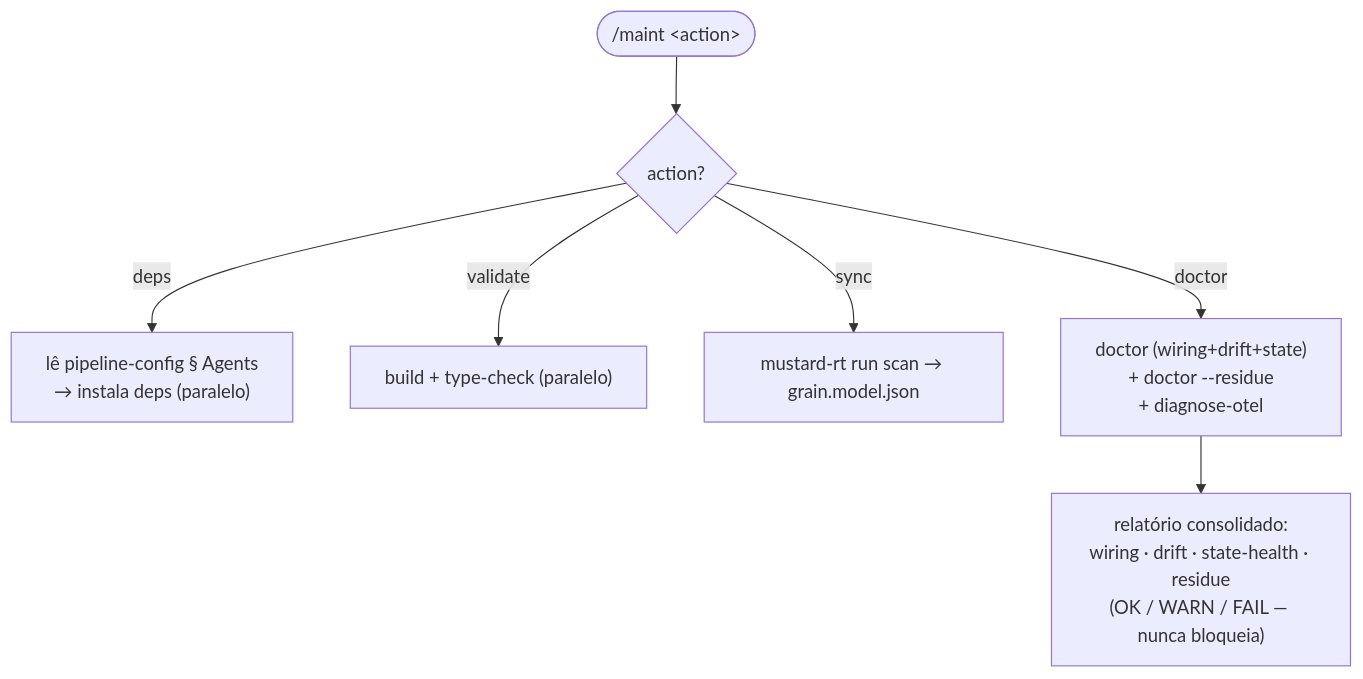
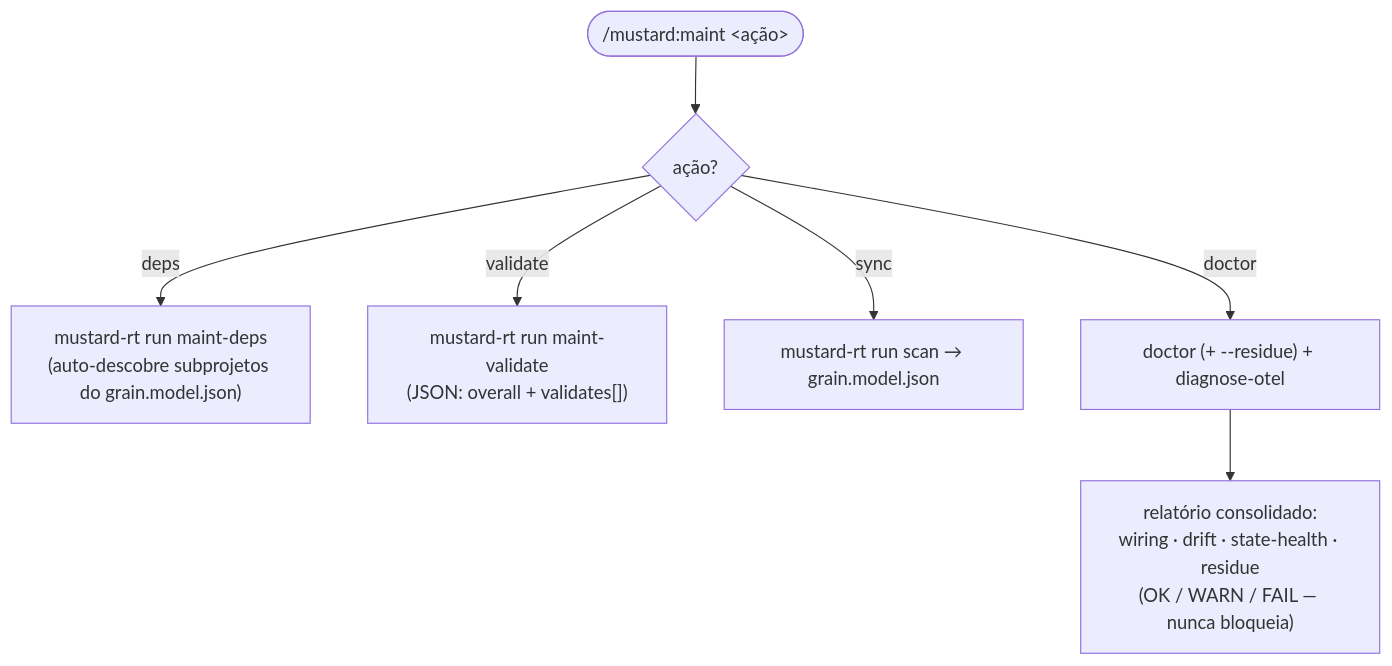
Before and after one commit to rubensrpj/mustard: diagram 14 of 20 in MUSTARD-COMMANDS.md, drawn with Mermaid. The commit also changed other lines of this file and 35 other files, not shown here.

````diff
--- a/MUSTARD-COMMANDS.md
+++ b/MUSTARD-COMMANDS.md
@@ -452,9 +514,9 @@
 ```mermaid
 flowchart TD
-    start(["/maint &lt;action&gt;"]) --> action{"action?"}
-    action -->|deps| deps["lê pipeline-config § Agents<br/>→ instala deps (paralelo)"]
-    action -->|validate| val["build + type-check (paralelo)"]
+    start(["/mustard:maint &lt;ação&gt;"]) --> action{"ação?"}
+    action -->|deps| deps["mustard-rt run maint-deps<br/>(auto-descobre subprojetos do grain.model.json)"]
+    action -->|validate| val["mustard-rt run maint-validate<br/>(JSON: overall + validates[])"]
     action -->|sync| sync["mustard-rt run scan → grain.model.json"]
-    action -->|doctor| doc["doctor (wiring+drift+state)<br/>+ doctor --residue<br/>+ diagnose-otel"]
+    action -->|doctor| doc["doctor (+ --residue) + diagnose-otel"]
     doc --> consol["relatório consolidado:<br/>wiring · drift · state-health · residue<br/>(OK / WARN / FAIL — nunca bloqueia)"]
 ```
````
